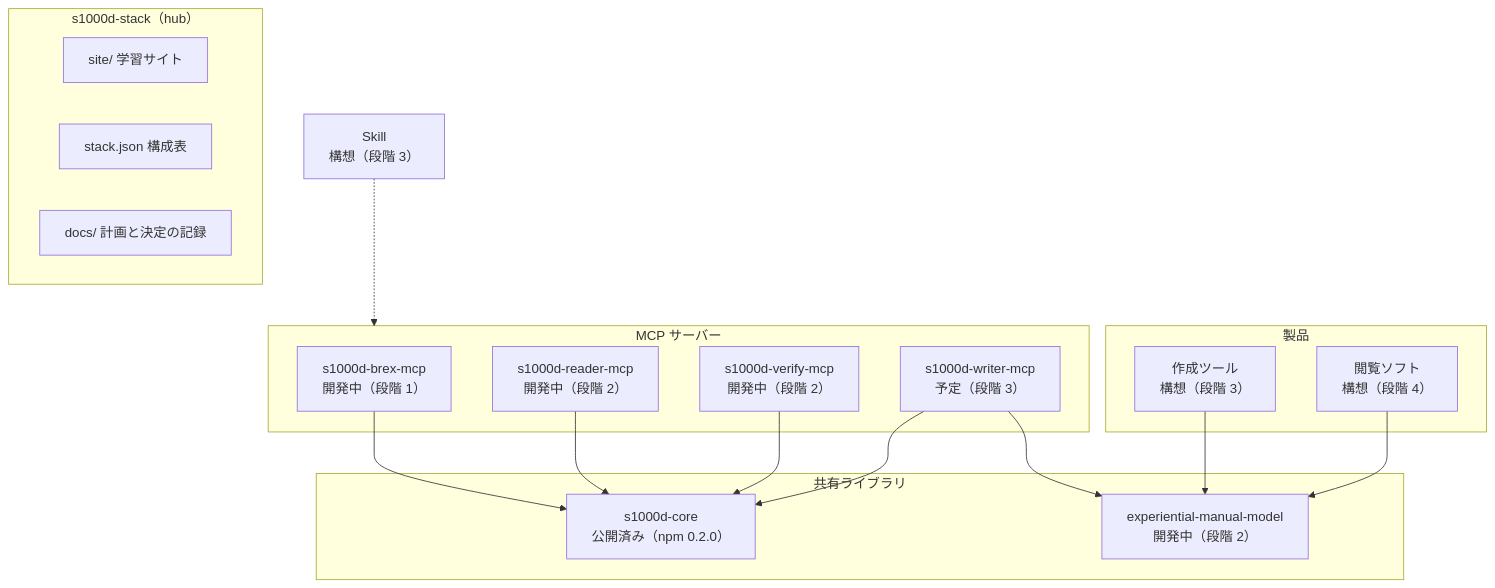
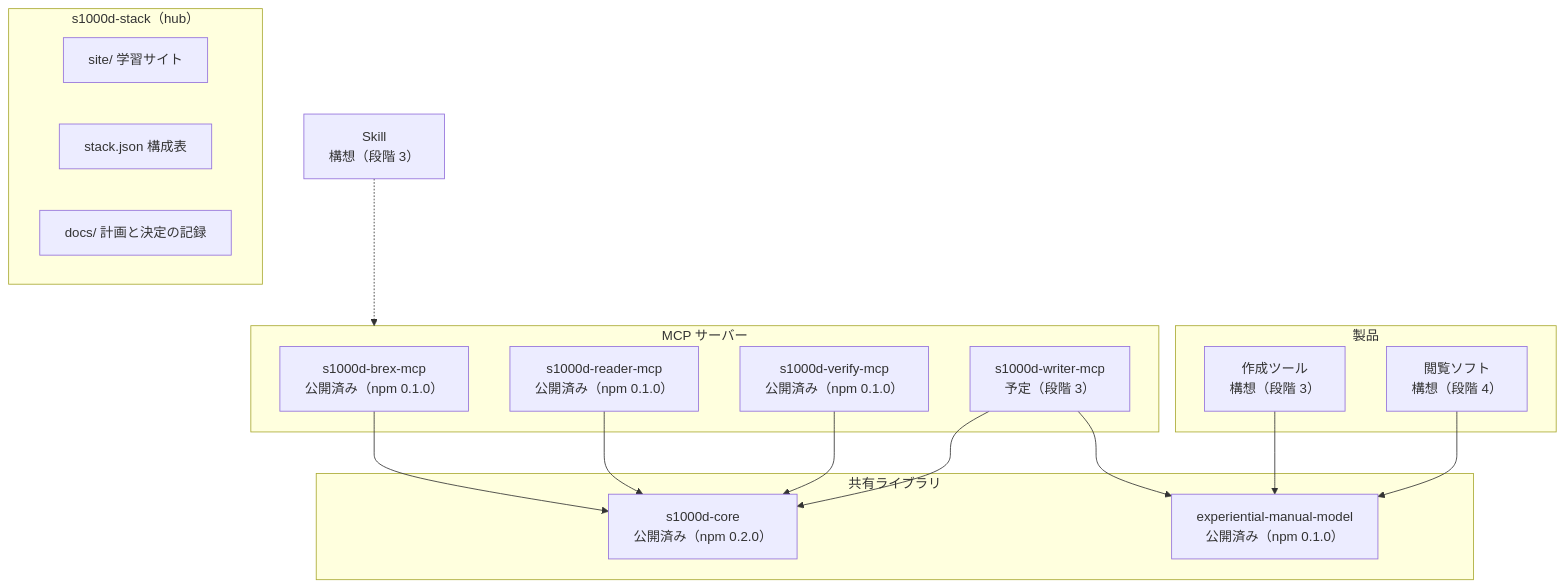
One commit to shuji-bonji/s1000d-stack changed the diagram in site/src/content/docs/ja/guide/architecture.md. Above: the diagram before and after it, drawn with Mermaid. The commit also changed other lines of this file and 17 other files, not shown here.

````diff
--- a/site/src/content/docs/ja/guide/architecture.md
+++ b/site/src/content/docs/ja/guide/architecture.md
@@ -10,31 +10,31 @@
 ```mermaid
 flowchart TB
   subgraph Hub["s1000d-stack（hub）"]
     SITE["site/ 学習サイト"]
     STACK["stack.json 構成表"]
     DOCS["docs/ 計画と決定の記録"]
   end
   subgraph Lib["共有ライブラリ"]
     CORE["s1000d-core<br/>公開済み（npm 0.2.0）"]
-    MODEL["experiential-manual-model<br/>開発中（段階 2）"]
+    MODEL["experiential-manual-model<br/>公開済み（npm 0.1.0）"]
   end
   subgraph Mcp["MCP サーバー"]
-    BREX["s1000d-brex-mcp<br/>開発中（段階 1）"]
-    R["s1000d-reader-mcp<br/>開発中（段階 2）"]
-    V["s1000d-verify-mcp<br/>開発中（段階 2）"]
+    BREX["s1000d-brex-mcp<br/>公開済み（npm 0.1.0）"]
+    R["s1000d-reader-mcp<br/>公開済み（npm 0.1.0）"]
+    V["s1000d-verify-mcp<br/>公開済み（npm 0.1.0）"]
     W["s1000d-writer-mcp<br/>予定（段階 3）"]
   end
   subgraph App["製品"]
     ED["作成ツール<br/>構想（段階 3）"]
     VW["閲覧ソフト<br/>構想（段階 4）"]
   end
   SK["Skill<br/>構想（段階 3）"]
   BREX --> CORE
   R --> CORE
   V --> CORE
   W --> CORE
   W --> MODEL
   ED --> MODEL
   VW --> MODEL
   SK -.-> Mcp
 ```
````
